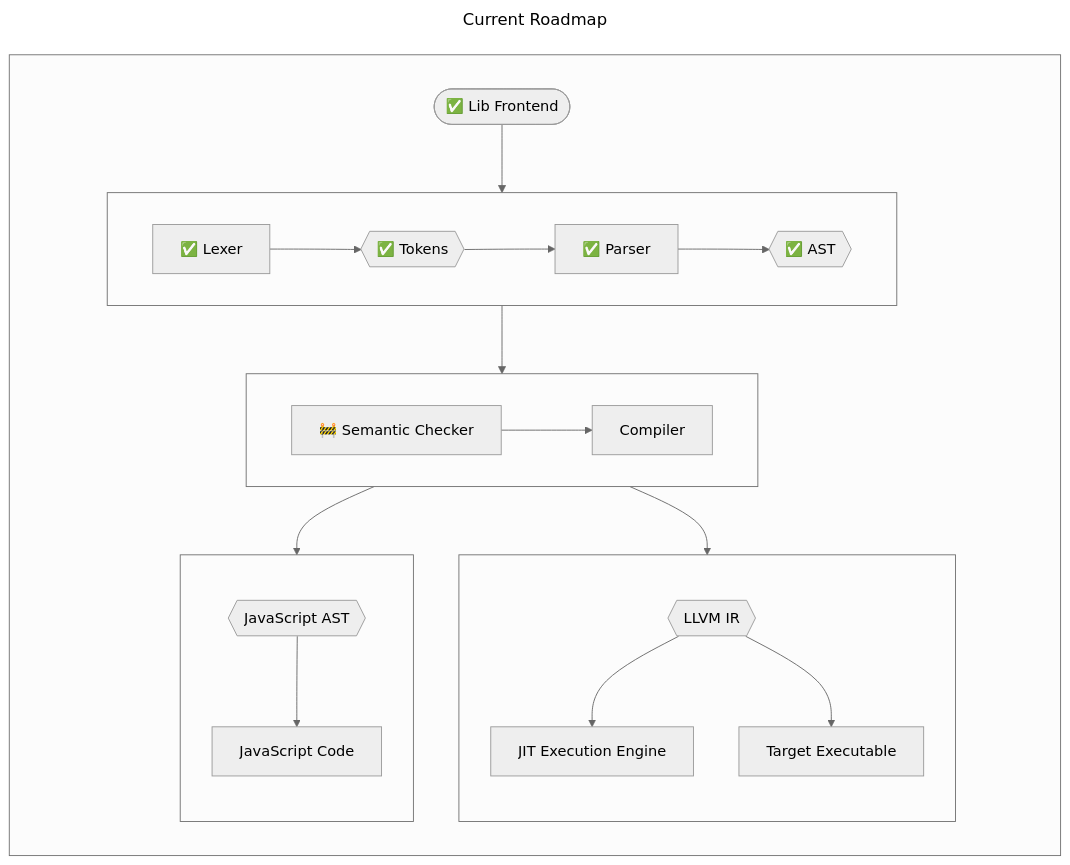
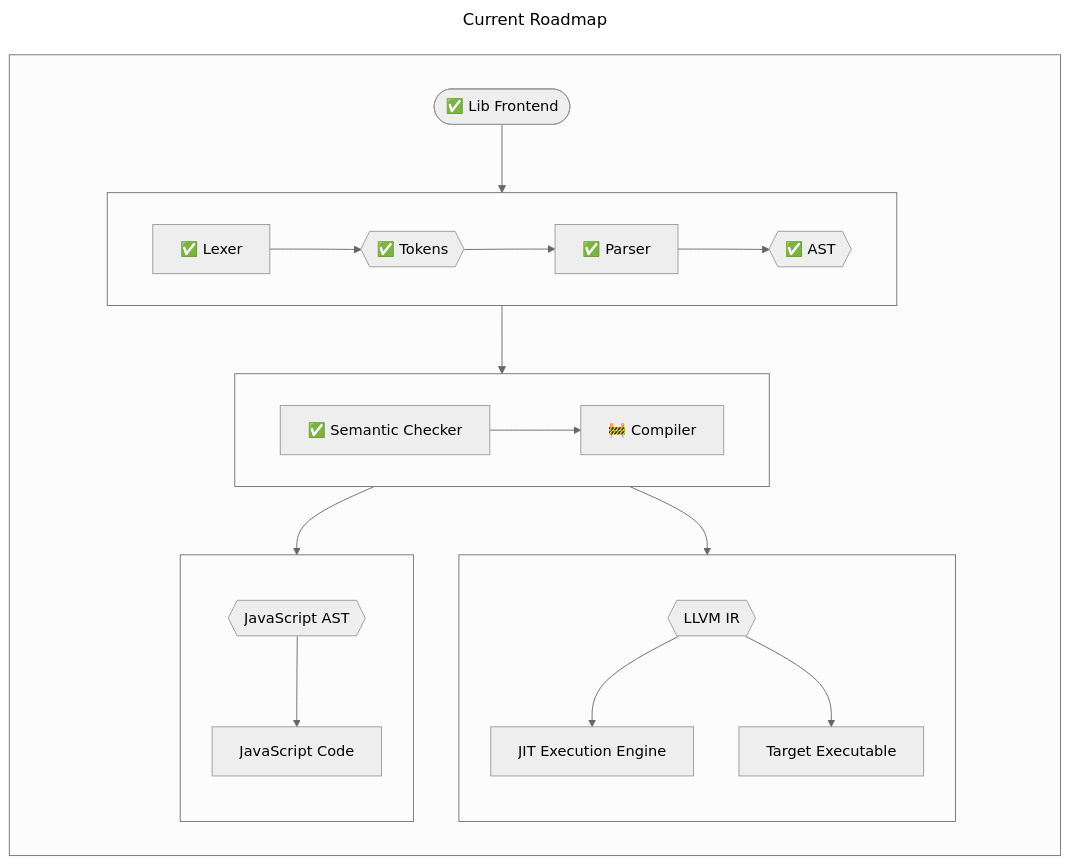
Before and after one commit to heinthanth/mabel-test: the diagram in README.md, drawn with Mermaid (neutral theme). The commit also changed 16 other files, not shown here.

Commit message:
feat(sem-check): add basic semantic checker

````diff
--- a/README.md
+++ b/README.md
@@ -13,30 +13,30 @@
 ```mermaid
 ---
 title: Current Roadmap
 ---
 graph TB;
     subgraph roadmap[ ]
         direction TB
         subgraph ParserGraph[ ]
             direction LR
             Lexer[✅ Lexer] --> Tokens{{✅ Tokens}} --> Parser[✅ Parser] --> AST{{✅ AST}}
         end
         subgraph CompilerGraph[ ]
             direction LR
-            SemCheck[🚧 Semantic Checker] --> Compiler
+            SemCheck[✅ Semantic Checker] --> Compiler[🚧 Compiler]
         end
         subgraph LLVMCodeGenGraph[ ]
             direction TB
             LLVMIR{{LLVM IR}} --> JITExecutionEngine[JIT Execution Engine]
-            LLVMIR{{LLVM IR}} --> TargetExecutable[Target Executable]
+            LLVMIR --> TargetExecutable[Target Executable]
         end
         subgraph JsCdoeGenGraph[ ]
             direction TB
             JsAst{{JavaScript AST}} --> JavaScript[JavaScript Code]
         end
         Start([✅ Lib Frontend]) -->  ParserGraph
         ParserGraph --> CompilerGraph
         CompilerGraph --> LLVMCodeGenGraph
         CompilerGraph --> JsCdoeGenGraph
     end
 ```
````
